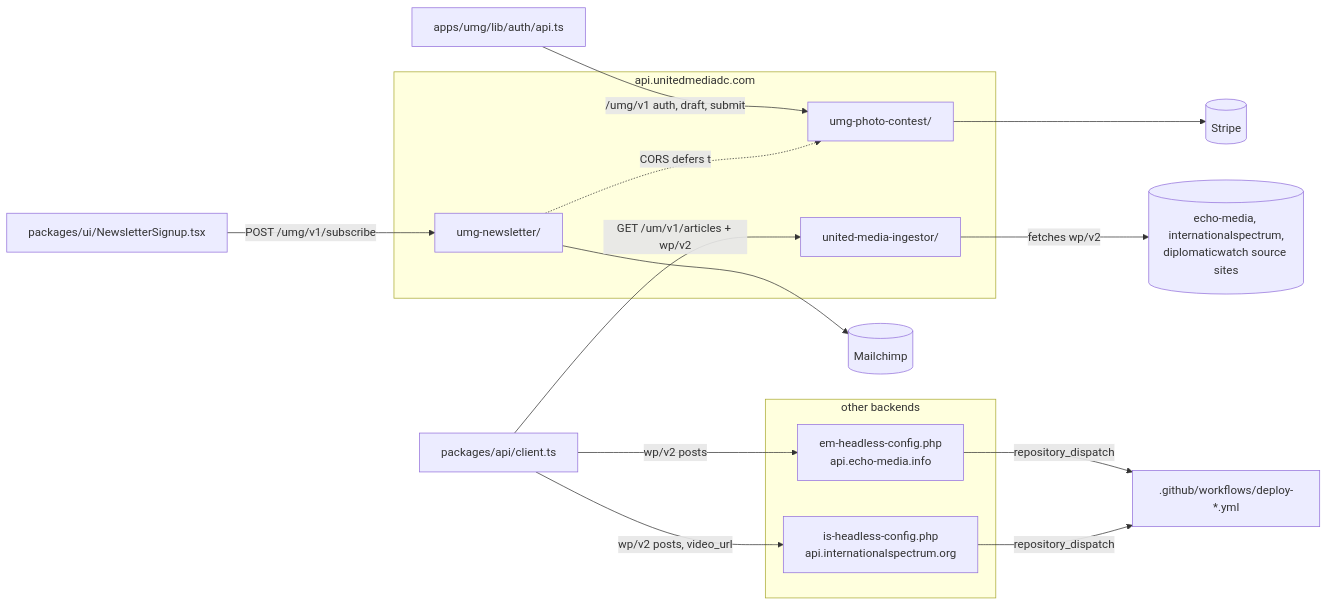
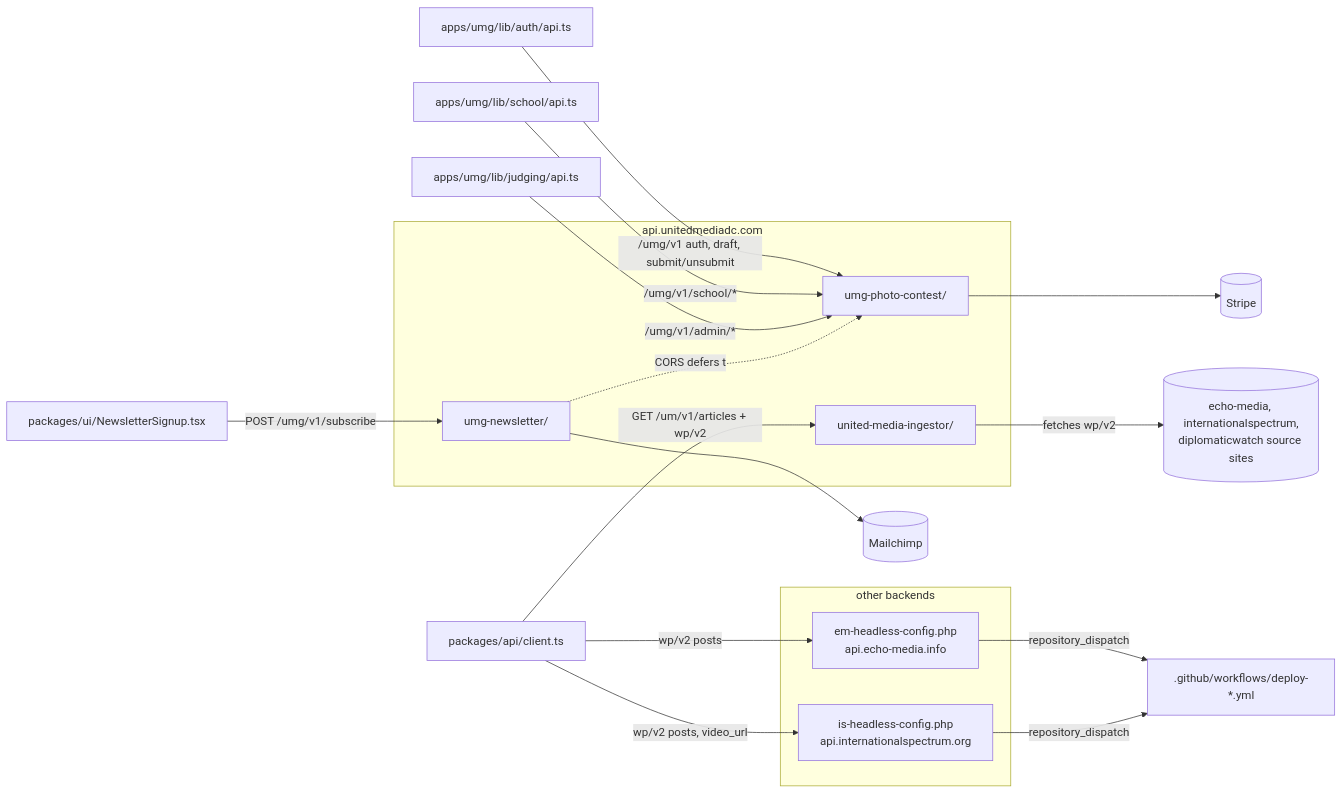
The diagram in docs/codebase/plugin/README.md (huuaho/umg-headless), drawn with Mermaid before and after one commit. The commit also changed other lines of this file and 64 other files, not shown here.

````diff
--- a/docs/codebase/plugin/README.md
+++ b/docs/codebase/plugin/README.md
@@ -17,23 +17,25 @@
 ```mermaid
 graph LR
   subgraph api.unitedmediadc.com
     umi[united-media-ingestor/]
     contest[umg-photo-contest/]
     news[umg-newsletter/]
   end
   subgraph other backends
     em[em-headless-config.php<br/>api.echo-media.info]
     is[is-headless-config.php<br/>api.internationalspectrum.org]
   end
   client[packages/api/client.ts] -->|GET /um/v1/articles + wp/v2| umi
   client -->|wp/v2 posts| em
   client -->|wp/v2 posts, video_url| is
-  umgauth[apps/umg/lib/auth/api.ts] -->|/umg/v1 auth, draft, submit| contest
+  umgauth[apps/umg/lib/auth/api.ts] -->|/umg/v1 auth, draft, submit/unsubmit| contest
+  umgschool[apps/umg/lib/school/api.ts] -->|/umg/v1/school/*| contest
+  umgjudge[apps/umg/lib/judging/api.ts] -->|/umg/v1/admin/*| contest
   footer[packages/ui/NewsletterSignup.tsx] -->|POST /umg/v1/subscribe| news
   umi -->|fetches wp/v2| sources[(echo-media, internationalspectrum,<br/>diplomaticwatch source sites)]
   contest --> stripe[(Stripe)]
   news --> mailchimp[(Mailchimp)]
   em -->|repository_dispatch| gha[.github/workflows/deploy-*.yml]
   is -->|repository_dispatch| gha
   news -.CORS defers to.-> contest
 ```
````
